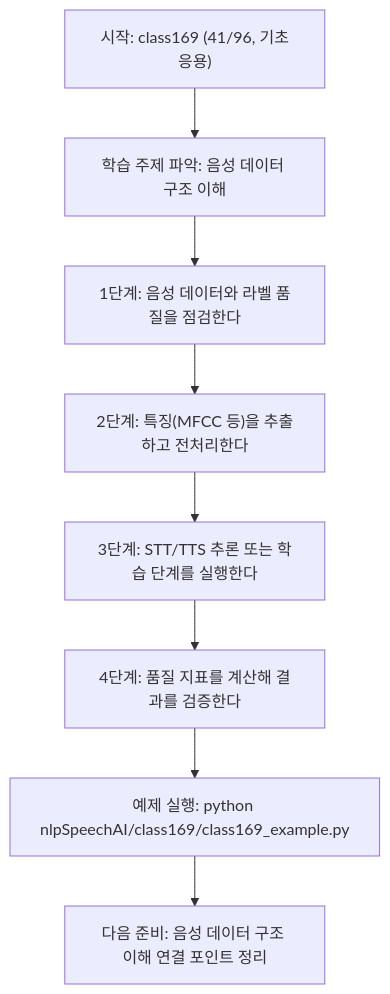
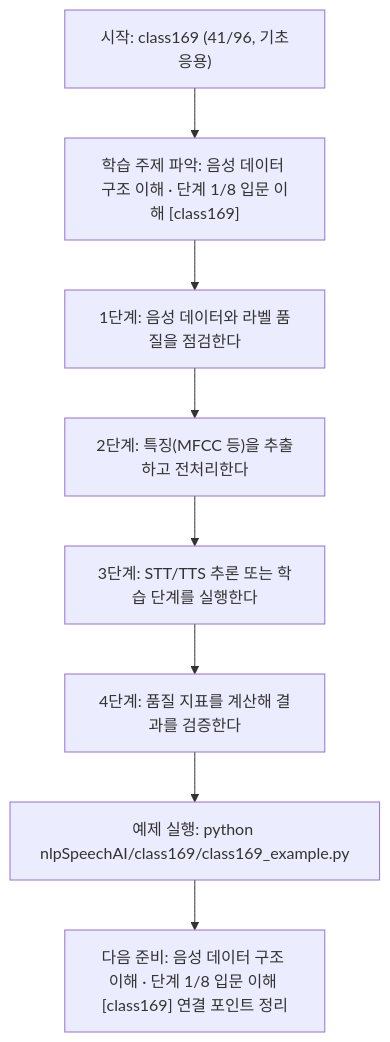
Before and after one commit to edumgt/Python-AI_Agent-Class: the diagram in nlpSpeechAI/class169/class169.md, drawn with Mermaid. The commit also changed other lines of this file and 522 other files, not shown here.

````diff
--- a/nlpSpeechAI/class169/class169.md
+++ b/nlpSpeechAI/class169/class169.md
@@ -114,18 +115,18 @@
 ```mermaid
 flowchart TD
 N1["시작: class169 (41/96, 기초응용)"]
-N2["학습 주제 파악: 음성 데이터 구조 이해"]
+N2["학습 주제 파악: 음성 데이터 구조 이해 · 단계 1/8 입문 이해 [class169]"]
 N3["1단계: 음성 데이터와 라벨 품질을 점검한다"]
 N4["2단계: 특징(MFCC 등)을 추출하고 전처리한다"]
 N5["3단계: STT/TTS 추론 또는 학습 단계를 실행한다"]
 N6["4단계: 품질 지표를 계산해 결과를 검증한다"]
 N7["예제 실행: python nlpSpeechAI/class169/class169_example.py"]
-N8["다음 준비: 음성 데이터 구조 이해 연결 포인트 정리"]
+N8["다음 준비: 음성 데이터 구조 이해 · 단계 1/8 입문 이해 [class169] 연결 포인트 정리"]
 N1 --> N2
 N2 --> N3
 N3 --> N4
 N4 --> N5
 N5 --> N6
 N6 --> N7
 N7 --> N8
 ```
````
